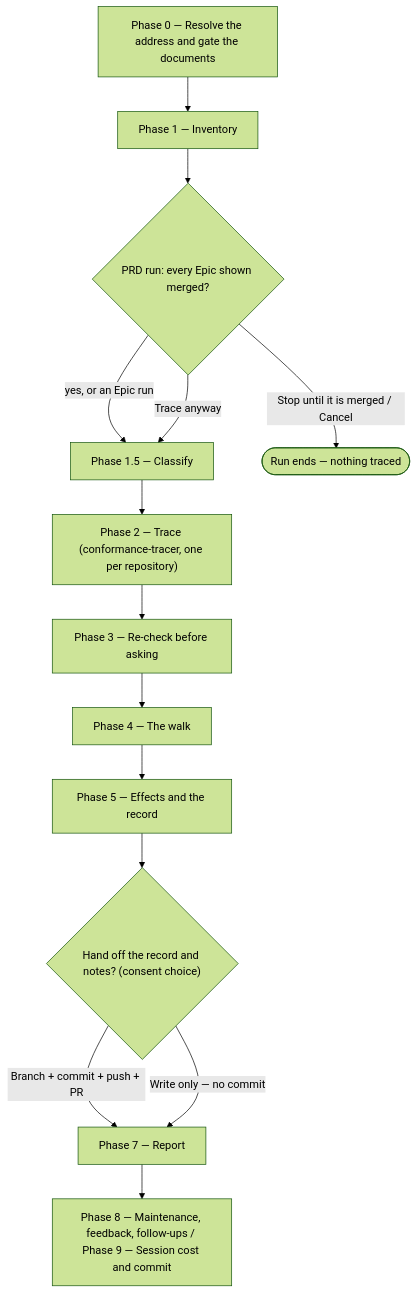
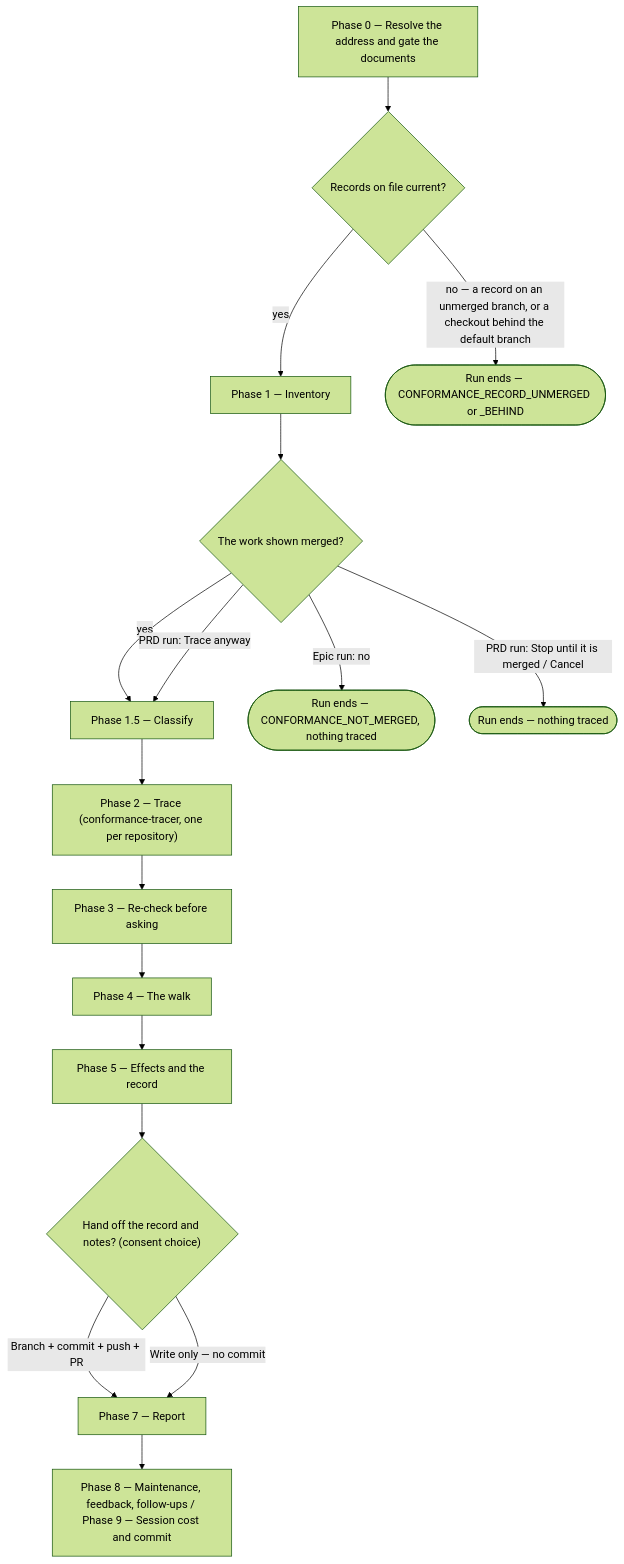
One commit to ihudak/ai-workflows changed the diagram in plugins/dev-workflows/docs/commands/conformance.md. Above: the diagram before and after it, drawn with Mermaid (forest theme). The commit also changed other lines of this file and 25 other files, not shown here.

First line of the commit message:
feat(dev-workflows): /conformance traces an Epic's merged code only, and finds a record on an unmerged conformance/ branch on every run (dev-workflows 4.26.0, workflows-core 1.40.1, product-workflows 3.34.1)

````diff
--- a/plugins/dev-workflows/docs/commands/conformance.md
+++ b/plugins/dev-workflows/docs/commands/conformance.md
@@ -24,16 +24,19 @@
 ```mermaid
 flowchart TD
-    p0["Phase 0 — Resolve the address and gate the documents"] --> p1["Phase 1 — Inventory"]
-    p1 --> d0{"PRD run: every Epic shown merged?"}
-    d0 -->|"yes, or an Epic run"| p15["Phase 1.5 — Classify"]
-    d0 -->|"Trace anyway"| p15
-    d0 -->|"Stop until it is merged / Cancel"| stop(["Run ends — nothing traced"])
+    p0["Phase 0 — Resolve the address and gate the documents"] --> r0{"Records on file current?"}
+    r0 -->|"yes"| p1["Phase 1 — Inventory"]
+    r0 -->|"no — a record on an unmerged branch, or a checkout behind the default branch"| stopr(["Run ends — CONFORMANCE_RECORD_UNMERGED or _BEHIND"])
+    p1 --> d0{"The work shown merged?"}
+    d0 -->|"yes"| p15["Phase 1.5 — Classify"]
+    d0 -->|"Epic run: no"| stopn(["Run ends — CONFORMANCE_NOT_MERGED, nothing traced"])
+    d0 -->|"PRD run: Trace anyway"| p15
+    d0 -->|"PRD run: Stop until it is merged / Cancel"| stop(["Run ends — nothing traced"])
     p15 --> p2["Phase 2 — Trace (conformance-tracer, one per repository)"]
     p2 --> p3["Phase 3 — Re-check before asking"]
     p3 --> p4["Phase 4 — The walk"]
     p4 --> p5["Phase 5 — Effects and the record"]
     p5 --> d1{"Hand off the record and notes? (consent choice)"}
     d1 -->|"Branch + commit + push + PR"| p7["Phase 7 — Report"]
     d1 -->|"Write only — no commit"| p7
     p7 --> p89["Phase 8 — Maintenance, feedback, follow-ups / Phase 9 — Session cost and commit"]
 ```
````
